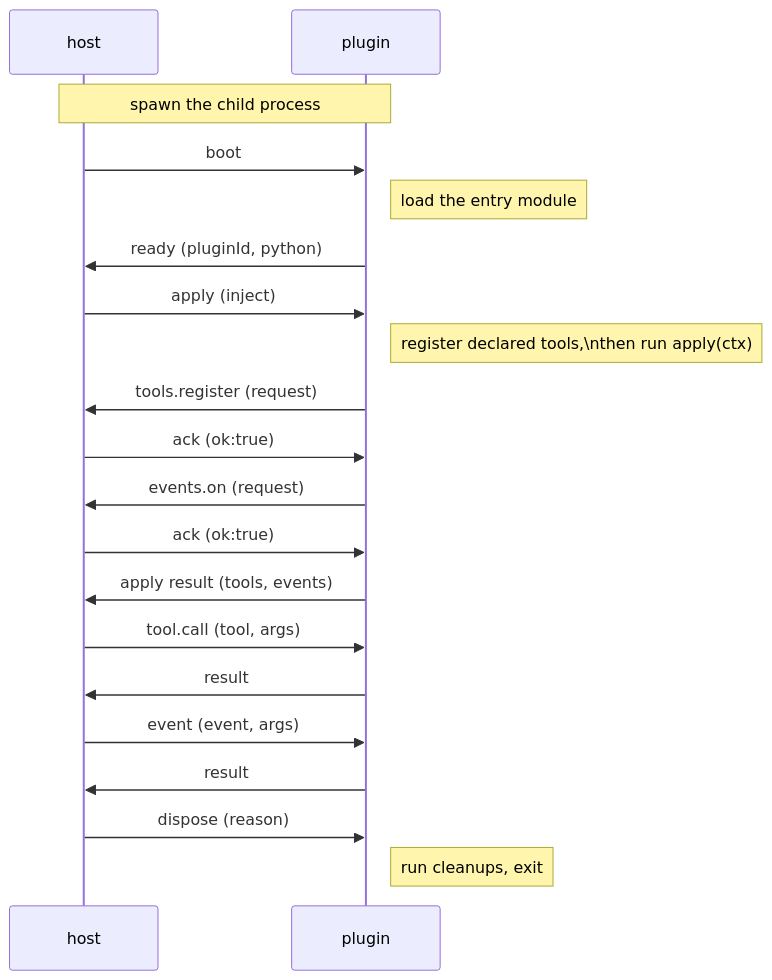
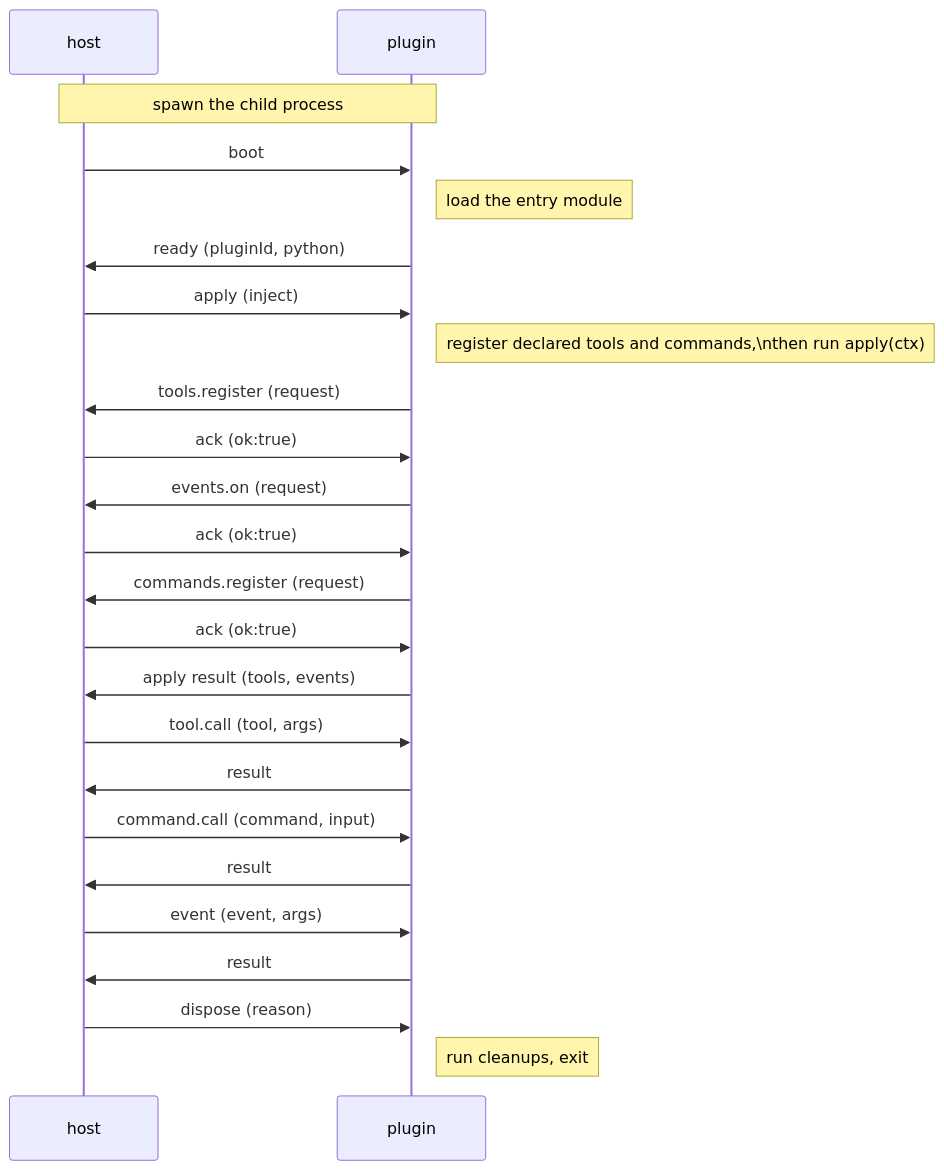
One commit to Mooling0602/dsh-mloader changed the diagram in docs/python-sdk/PyABI.md. Above: the diagram before and after it, drawn with Mermaid. The commit also changed other lines of this file and 35 other files, not shown here.

First line of the commit message:
feat(commands): let hosted plugins register slash commands

````diff
--- a/docs/python-sdk/PyABI.md
+++ b/docs/python-sdk/PyABI.md
@@ -209,22 +234,26 @@
 ```mermaid
 sequenceDiagram
     participant H as host
     participant P as plugin
     Note over H,P: spawn the child process
     H->>P: boot
     Note right of P: load the entry module
     P->>H: ready (pluginId, python)
     H->>P: apply (inject)
-    Note right of P: register declared tools,\nthen run apply(ctx)
+    Note right of P: register declared tools and commands,\nthen run apply(ctx)
     P->>H: tools.register (request)
     H->>P: ack (ok:true)
     P->>H: events.on (request)
     H->>P: ack (ok:true)
+    P->>H: commands.register (request)
+    H->>P: ack (ok:true)
     P->>H: apply result (tools, events)
     H->>P: tool.call (tool, args)
+    P->>H: result
+    H->>P: command.call (command, input)
     P->>H: result
     H->>P: event (event, args)
     P->>H: result
     H->>P: dispose (reason)
     Note right of P: run cleanups, exit
 ```
````
